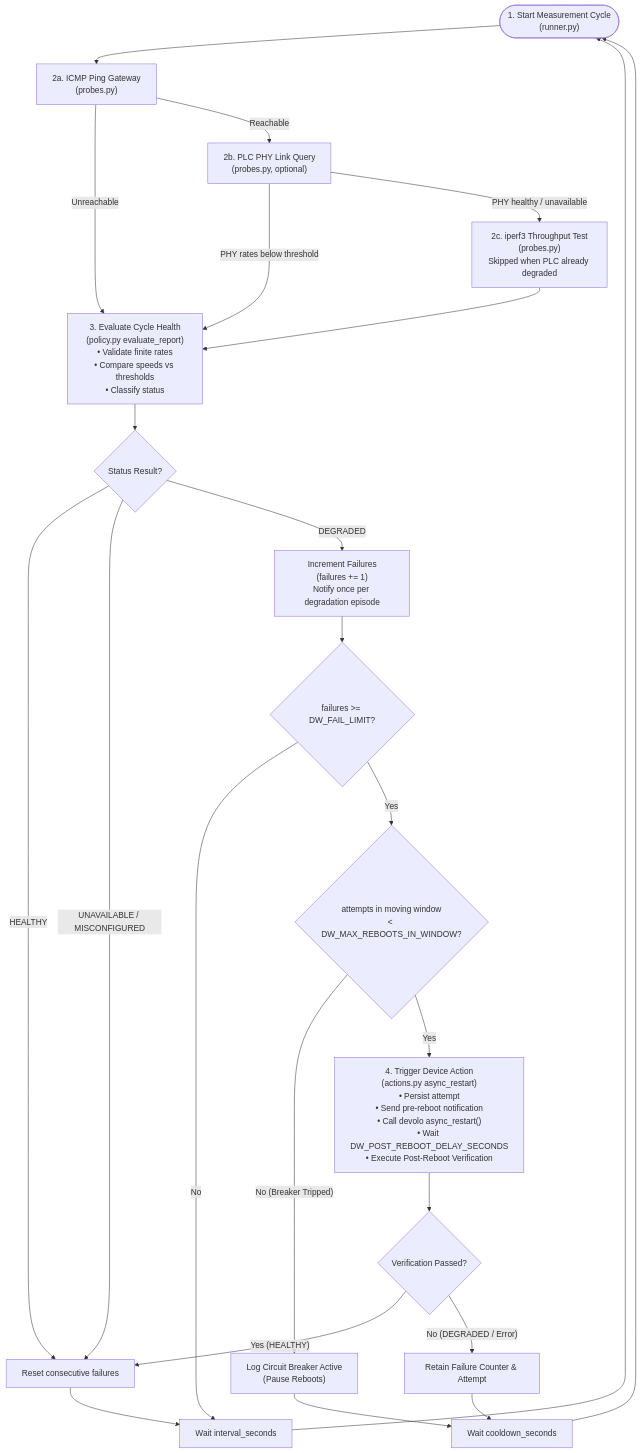
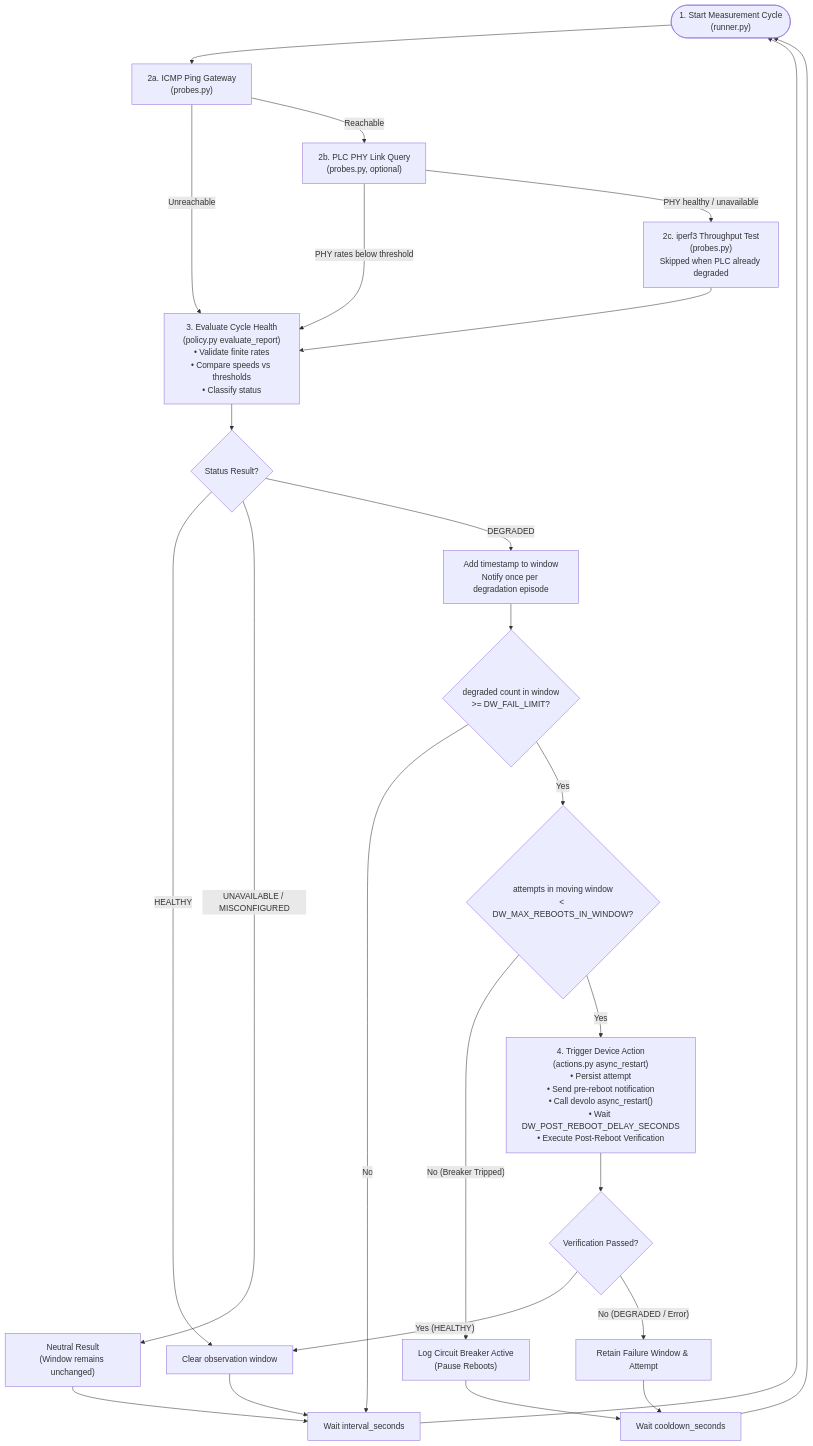
Before and after one commit to valentinsviridov/devolo-throughput-watchdog: the second of 3 diagrams in README.md, drawn with Mermaid. The commit also changed other lines of this file and 11 other files, not shown here.

````diff
--- a/README.md
+++ b/README.md
@@ -69,34 +69,35 @@
 ```mermaid
 graph TD
     Start(["1. Start Measurement Cycle<br/>(runner.py)"]) --> GwProbe["2a. ICMP Ping Gateway<br/>(probes.py)"]
 
     GwProbe -- "Unreachable" --> EvalStep
     GwProbe -- "Reachable" --> PlcProbe["2b. PLC PHY Link Query<br/>(probes.py, optional)"]
 
     PlcProbe -- "PHY rates below threshold" --> EvalStep
     PlcProbe -- "PHY healthy / unavailable" --> IperfProbe["2c. iperf3 Throughput Test<br/>(probes.py)<br/>Skipped when PLC already degraded"]
 
     IperfProbe --> EvalStep["3. Evaluate Cycle Health<br/>(policy.py evaluate_report)<br/>• Validate finite rates<br/>• Compare speeds vs thresholds<br/>• Classify status"]
 
     EvalStep --> CheckStatus{"Status Result?"}
 
-    CheckStatus -- "HEALTHY" --> ResetCounter["Reset consecutive failures"]
-    CheckStatus -- "UNAVAILABLE / MISCONFIGURED" --> ResetCounter
-    CheckStatus -- "DEGRADED" --> IncCounter["Increment Failures<br/>(failures += 1)<br/>Notify once per degradation episode"]
+    CheckStatus -- "HEALTHY" --> ResetCounter["Clear observation window"]
+    CheckStatus -- "UNAVAILABLE / MISCONFIGURED" --> NeutralResult["Neutral Result<br/>(Window remains unchanged)"]
+    CheckStatus -- "DEGRADED" --> IncCounter["Add timestamp to window<br/>Notify once per degradation episode"]
 
-    IncCounter --> CheckFailLimit{"failures >= DW_FAIL_LIMIT?"}
+    IncCounter --> CheckFailLimit{"degraded count in window<br/>>= DW_FAIL_LIMIT?"}
     CheckFailLimit -- "No" --> WaitInterval["Wait interval_seconds"]
 
     CheckFailLimit -- "Yes" --> CheckBreaker{"attempts in moving window<br/>< DW_MAX_REBOOTS_IN_WINDOW?"}
     CheckBreaker -- "No (Breaker Tripped)" --> LogBreaker["Log Circuit Breaker Active<br/>(Pause Reboots)"] --> WaitCooldown["Wait cooldown_seconds"]
 
     CheckBreaker -- "Yes" --> RebootStep["4. Trigger Device Action<br/>(actions.py async_restart)<br/>• Persist attempt<br/>• Send pre-reboot notification<br/>• Call devolo async_restart()<br/>• Wait DW_POST_REBOOT_DELAY_SECONDS<br/>• Execute Post-Reboot Verification"]
 
     RebootStep --> CheckVerify{"Verification Passed?"}
     CheckVerify -- "Yes (HEALTHY)" --> ResetCounter
-    CheckVerify -- "No (DEGRADED / Error)" --> RetainFailures["Retain Failure Counter & Attempt"] --> WaitCooldown
+    CheckVerify -- "No (DEGRADED / Error)" --> RetainFailures["Retain Failure Window & Attempt"] --> WaitCooldown
 
     ResetCounter --> WaitInterval
+    NeutralResult --> WaitInterval
     WaitInterval --> Start
     WaitCooldown --> Start
 ```
````
